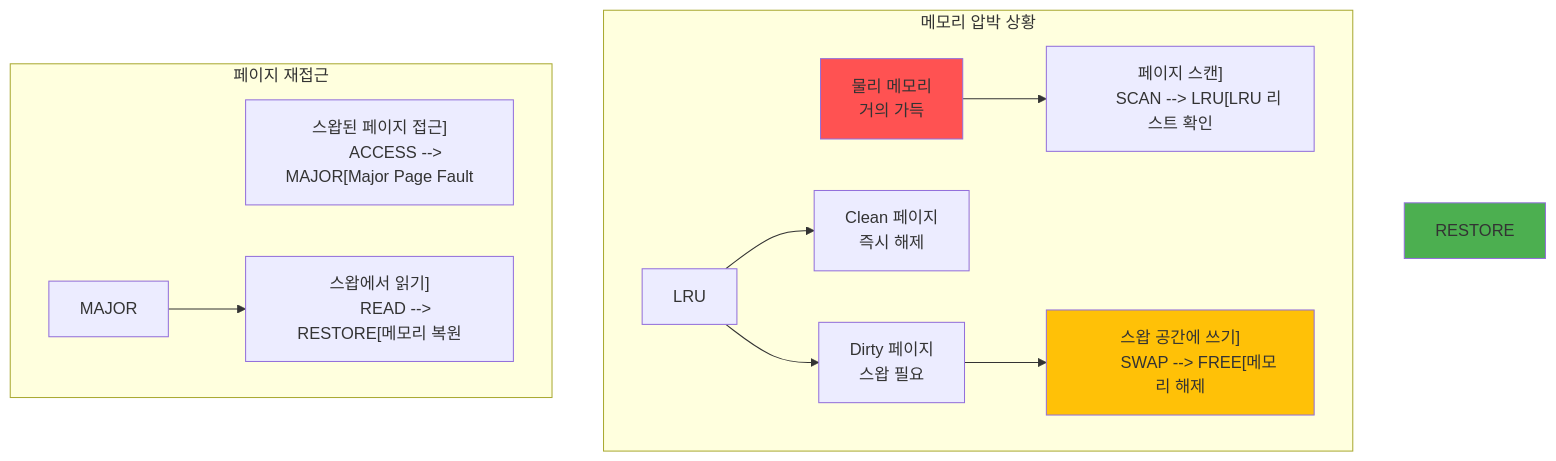
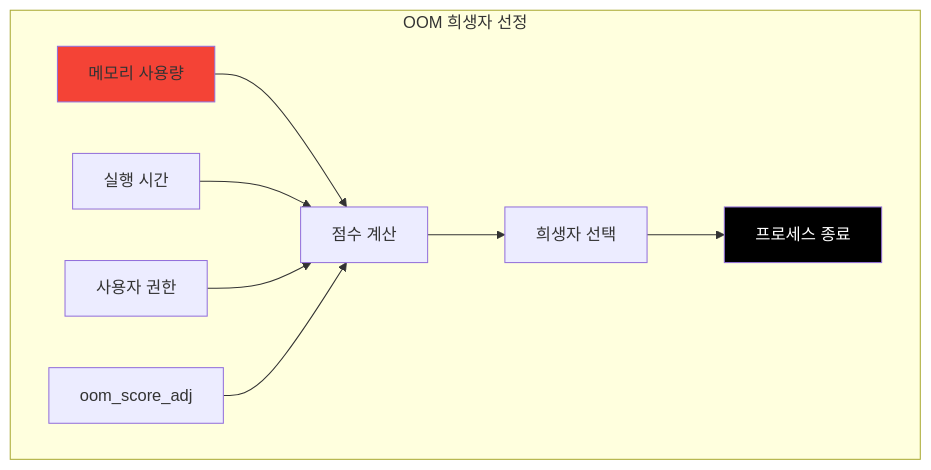
Before and after one commit to choru-k/choru-wiki: the third of 3 diagrams in docs/cs/guide/chapter-03-virtual-memory/03-page-fault.md, drawn with Mermaid. The commit also changed other lines of this file and 30 other files, not shown here.

````diff
--- a/docs/cs/guide/chapter-03-virtual-memory/03-page-fault.md
+++ b/docs/cs/guide/chapter-03-virtual-memory/03-page-fault.md
@@ -355,28 +227,20 @@
 ```mermaid
 graph TD
-    subgraph "메모리 압박 상황"
-        MEM["물리 메모리
-거의 가득"]
-        MEM --> SCAN["페이지 스캔]
-        SCAN --> LRU[LRU 리스트 확인"]
-
-        LRU --> CLEAN["Clean 페이지
-즉시 해제"]
-        LRU --> DIRTY["Dirty 페이지
-스왑 필요"]
-
-        DIRTY --> SWAP["스왑 공간에 쓰기]
-        SWAP --> FREE[메모리 해제"]
+    subgraph "OOM 희생자 선정"
+        MEMORY["메모리 사용량"]
+        TIME["실행 시간"]
+        USER["사용자 권한"]
+        ADJ["oom_score_adj"]
+        
+        MEMORY --> CALC["점수 계산"]
+        TIME --> CALC
+        USER --> CALC
+        ADJ --> CALC
+        
+        CALC --> VICTIM["희생자 선택"]
+        VICTIM --> KILL["프로세스 종료"]
     end
-
-    subgraph "페이지 재접근"
-        ACCESS["스왑된 페이지 접근]
-        ACCESS --> MAJOR[Major Page Fault"]
-        MAJOR --> READ["스왑에서 읽기]
-        READ --> RESTORE[메모리 복원"]
-    end
-
-    style MEM fill:#FF5252
-    style SWAP fill:#FFC107
-    style RESTORE fill:#4CAF50
+    
+    style MEMORY fill:#F44336
+    style KILL fill:#000000,color:#FFFFFF
 ```
````
